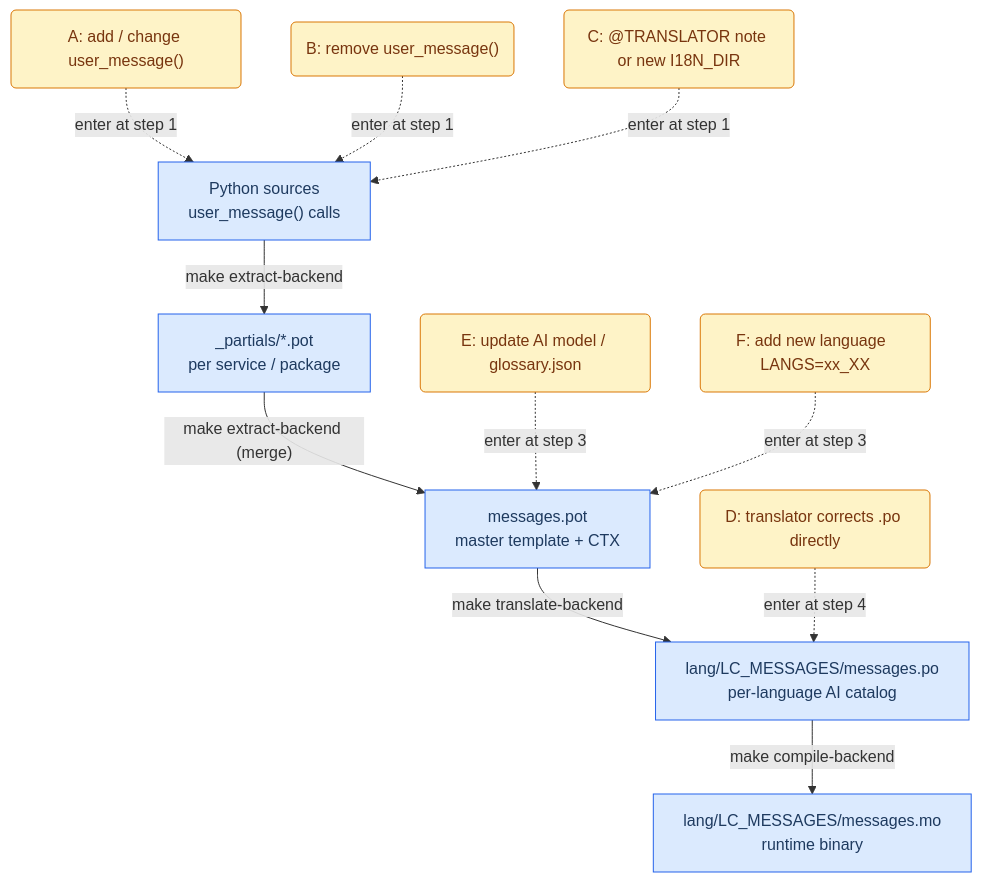
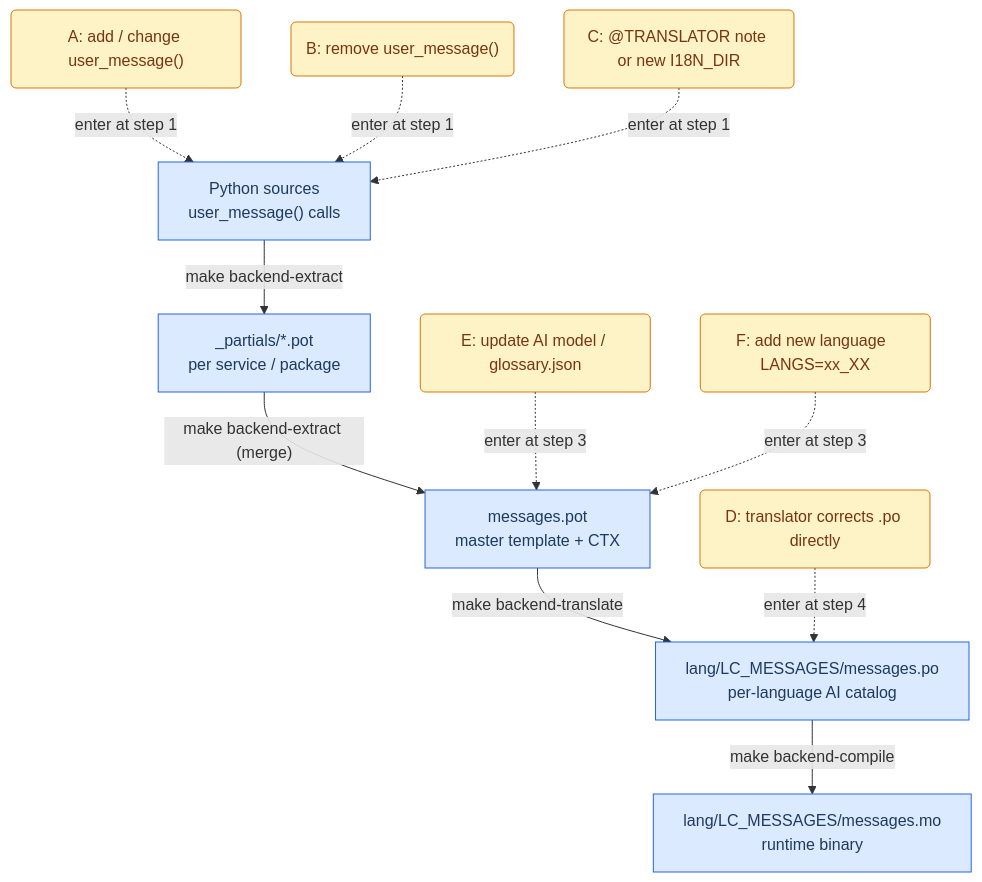
The second of 3 diagrams in scripts/i18n/DESIGN.md (ITISFoundation/osparc-simcore), drawn with Mermaid before and after one commit. The commit also changed other lines of this file and 3 other files, not shown here.

Commit message:
feat(i18n): update Makefile and README for new backend and frontend make targets; enhance i18n_translator to support dry-run mode

````diff
--- a/scripts/i18n/DESIGN.md
+++ b/scripts/i18n/DESIGN.md
@@ -146,27 +146,27 @@
 ```mermaid
 flowchart TD
     classDef art fill:#dbeafe,stroke:#2563eb,color:#1e3a5f
     classDef trig fill:#fef3c7,stroke:#d97706,color:#78350f
 
     PY["Python sources\nuser_message() calls"]:::art
     PARTS["_partials/*.pot\nper service / package"]:::art
     POT["messages.pot\nmaster template + CTX"]:::art
     PO["lang/LC_MESSAGES/messages.po\nper-language AI catalog"]:::art
     MO["lang/LC_MESSAGES/messages.mo\nruntime binary"]:::art
 
     WA("A: add / change user_message()"):::trig
     WB("B: remove user_message()"):::trig
     WC("C: @TRANSLATOR note or new I18N_DIR"):::trig
     WD("D: translator corrects .po directly"):::trig
     WE("E: update AI model / glossary.json"):::trig
     WF("F: add new language  LANGS=xx_XX"):::trig
 
-    PY -->|"make extract-backend"| PARTS
-    PARTS -->|"make extract-backend (merge)"| POT
-    POT -->|"make translate-backend"| PO
-    PO -->|"make compile-backend"| MO
+    PY -->|"make backend-extract"| PARTS
+    PARTS -->|"make backend-extract (merge)"| POT
+    POT -->|"make backend-translate"| PO
+    PO -->|"make backend-compile"| MO
 
     WA & WB & WC -.->|"enter at step 1"| PY
     WE & WF -.->|"enter at step 3"| POT
     WD -.->|"enter at step 4"| PO
 ```
````
